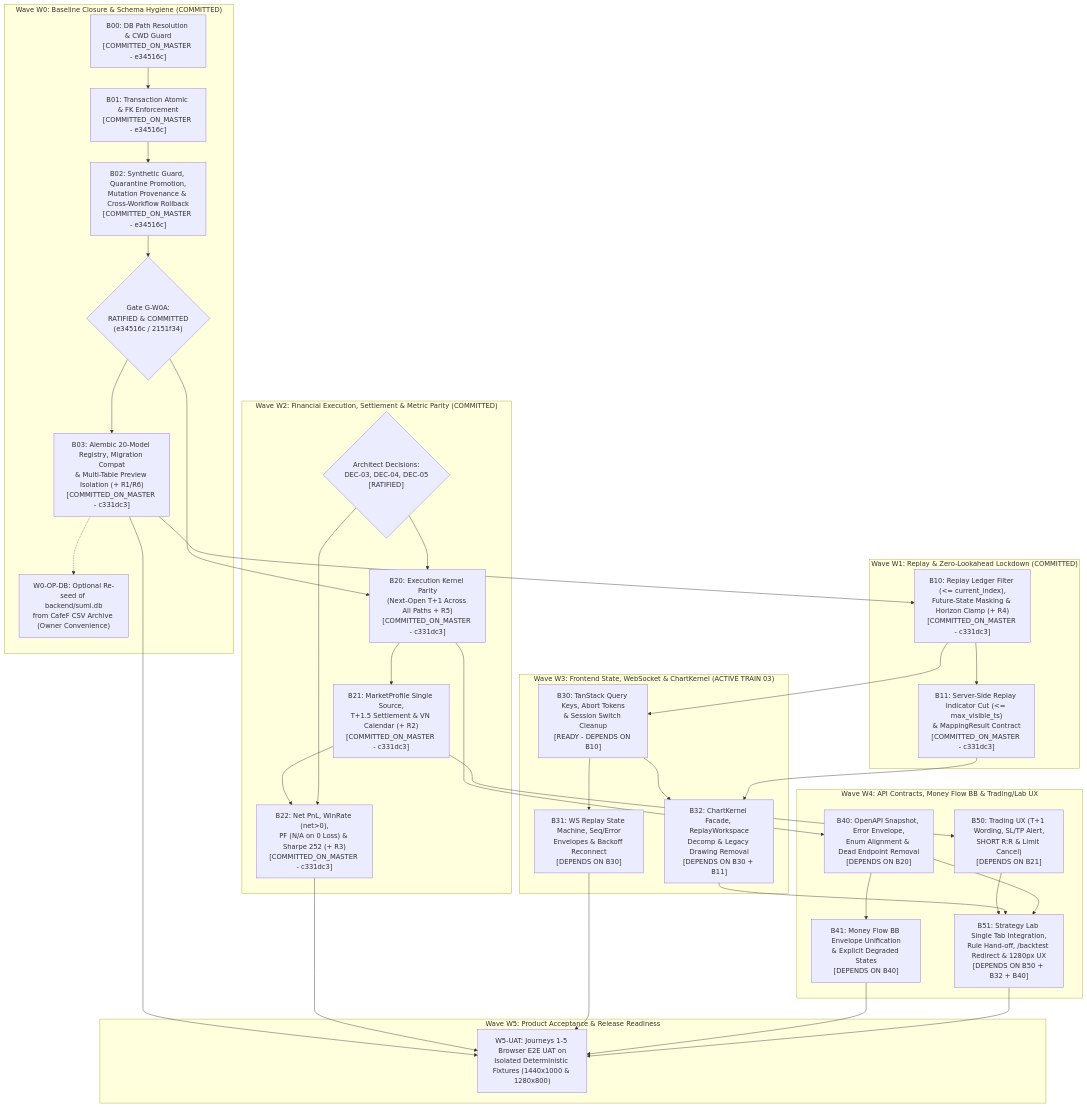
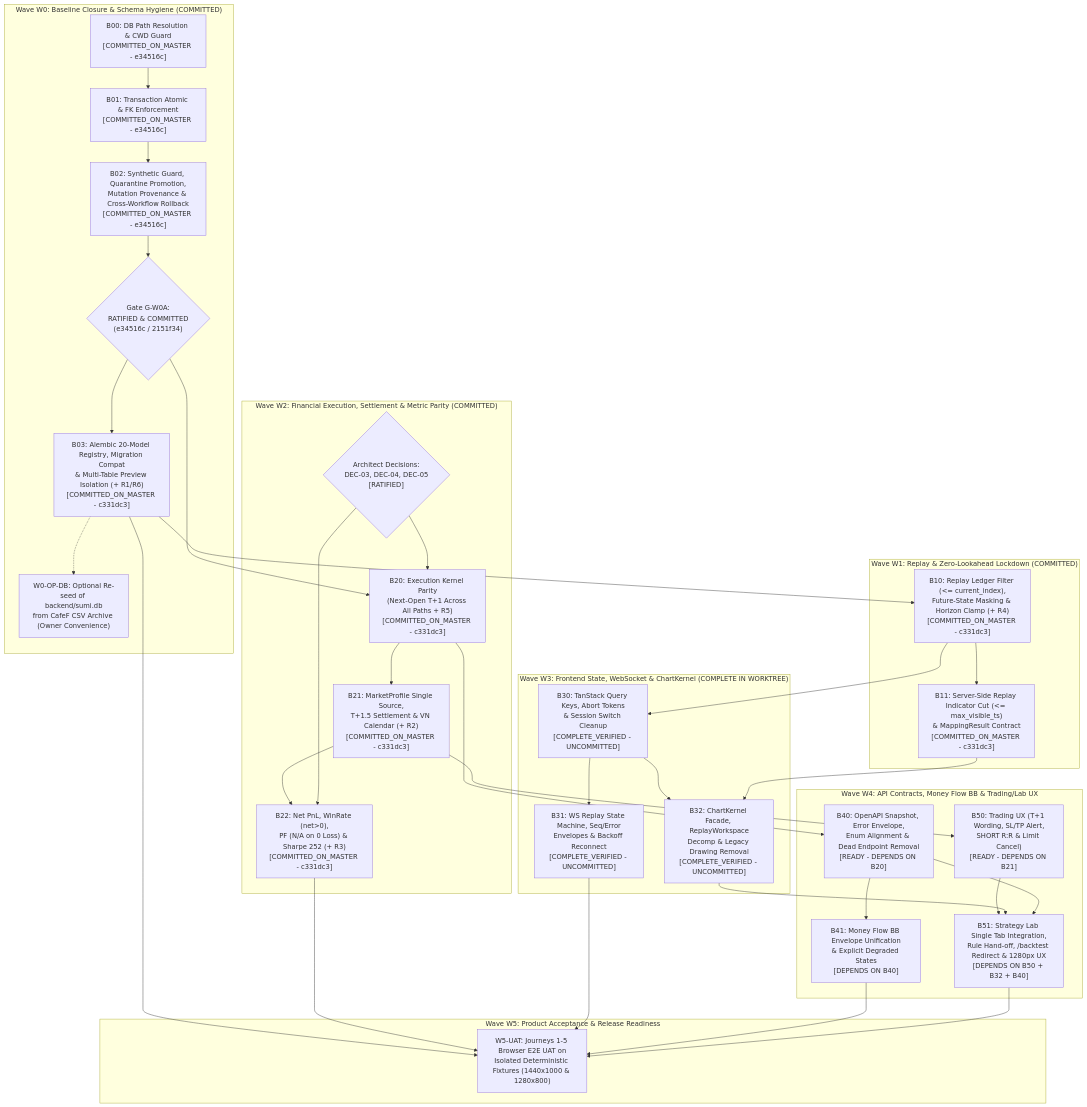
Before and after one commit to lasfong/sumi: the diagram in docs/plans/product-completion/SUMI_V3_BATCH_DEPENDENCY_AND_STATUS_PROPOSED.md, drawn with Mermaid. The commit also changed other lines of this file and 30 other files, not shown here.

Commit message:
feat(v3): complete W3 replay state websocket and chart integration

````diff
--- a/docs/plans/product-completion/SUMI_V3_BATCH_DEPENDENCY_AND_STATUS_PROPOSED.md
+++ b/docs/plans/product-completion/SUMI_V3_BATCH_DEPENDENCY_AND_STATUS_PROPOSED.md
@@ -57,59 +57,59 @@
 ```mermaid
 flowchart TD
     subgraph W0["Wave W0: Baseline Closure & Schema Hygiene (COMMITTED)"]
         B00["B00: DB Path Resolution & CWD Guard<br/>[COMMITTED_ON_MASTER - e34516c]"]
         B01["B01: Transaction Atomic & FK Enforcement<br/>[COMMITTED_ON_MASTER - e34516c]"]
         B02["B02: Synthetic Guard, Quarantine Promotion,<br/>Mutation Provenance & Cross-Workflow Rollback<br/>[COMMITTED_ON_MASTER - e34516c]"]
         GW0A{"Gate G-W0A:<br/>RATIFIED & COMMITTED<br/>(e34516c / 2151f34)"}
         B03["B03: Alembic 20-Model Registry, Migration Compat<br/>& Multi-Table Preview Isolation (+ R1/R6)<br/>[COMMITTED_ON_MASTER - c331dc3]"]
         OPDB["W0-OP-DB: Optional Re-seed of backend/sumi.db<br/>from CafeF CSV Archive (Owner Convenience)"]
     end
 
     subgraph W1["Wave W1: Replay & Zero-Lookahead Lockdown (COMMITTED)"]
         B10["B10: Replay Ledger Filter (<= current_index),<br/>Future-State Masking & Horizon Clamp (+ R4)<br/>[COMMITTED_ON_MASTER - c331dc3]"]
         B11["B11: Server-Side Replay Indicator Cut (<= max_visible_ts)<br/>& MappingResult Contract<br/>[COMMITTED_ON_MASTER - c331dc3]"]
     end
 
     subgraph W2["Wave W2: Financial Execution, Settlement & Metric Parity (COMMITTED)"]
         GDEC{"Architect Decisions:<br/>DEC-03, DEC-04, DEC-05<br/>[RATIFIED]"}
         B20["B20: Execution Kernel Parity<br/>(Next-Open T+1 Across All Paths + R5)<br/>[COMMITTED_ON_MASTER - c331dc3]"]
         B21["B21: MarketProfile Single Source,<br/>T+1.5 Settlement & VN Calendar (+ R2)<br/>[COMMITTED_ON_MASTER - c331dc3]"]
         B22["B22: Net PnL, WinRate (net>0),<br/>PF (N/A on 0 Loss) & Sharpe 252 (+ R3)<br/>[COMMITTED_ON_MASTER - c331dc3]"]
     end
 
-    subgraph W3["Wave W3: Frontend State, WebSocket & ChartKernel (ACTIVE TRAIN 03)"]
-        B30["B30: TanStack Query Keys, Abort Tokens<br/>& Session Switch Cleanup<br/>[READY - DEPENDS ON B10]"]
-        B31["B31: WS Replay State Machine, Seq/Error<br/>Envelopes & Backoff Reconnect<br/>[DEPENDS ON B30]"]
-        B32["B32: ChartKernel Facade, ReplayWorkspace<br/>Decomp & Legacy Drawing Removal<br/>[DEPENDS ON B30 + B11]"]
+    subgraph W3["Wave W3: Frontend State, WebSocket & ChartKernel (COMPLETE IN WORKTREE)"]
+        B30["B30: TanStack Query Keys, Abort Tokens<br/>& Session Switch Cleanup<br/>[COMPLETE_VERIFIED - UNCOMMITTED]"]
+        B31["B31: WS Replay State Machine, Seq/Error<br/>Envelopes & Backoff Reconnect<br/>[COMPLETE_VERIFIED - UNCOMMITTED]"]
+        B32["B32: ChartKernel Facade, ReplayWorkspace<br/>Decomp & Legacy Drawing Removal<br/>[COMPLETE_VERIFIED - UNCOMMITTED]"]
     end
 
     subgraph W4["Wave W4: API Contracts, Money Flow BB & Trading/Lab UX"]
-        B40["B40: OpenAPI Snapshot, Error Envelope,<br/>Enum Alignment & Dead Endpoint Removal<br/>[DEPENDS ON B20]"]
+        B40["B40: OpenAPI Snapshot, Error Envelope,<br/>Enum Alignment & Dead Endpoint Removal<br/>[READY - DEPENDS ON B20]"]
         B41["B41: Money Flow BB Envelope Unification<br/>& Explicit Degraded States<br/>[DEPENDS ON B40]"]
-        B50["B50: Trading UX (T+1 Wording, SL/TP Alert,<br/>SHORT R:R & Limit Cancel)<br/>[DEPENDS ON B21]"]
+        B50["B50: Trading UX (T+1 Wording, SL/TP Alert,<br/>SHORT R:R & Limit Cancel)<br/>[READY - DEPENDS ON B21]"]
         B51["B51: Strategy Lab Single Tab Integration,<br/>Rule Hand-off, /backtest Redirect & 1280px UX<br/>[DEPENDS ON B50 + B32 + B40]"]
     end
 
     subgraph W5["Wave W5: Product Acceptance & Release Readiness"]
         UAT["W5-UAT: Journeys 1-5 Browser E2E UAT on<br/>Isolated Deterministic Fixtures (1440x1000 & 1280x800)"]
     end
 
     B00 --> B01 --> B02 --> GW0A
     GW0A --> B03 --> B10 --> B11
     B03 -.-> OPDB
     GW0A --> B20
     GDEC --> B20 --> B21 --> B22
     GDEC --> B22
     B10 --> B30 --> B31
     B30 --> B32
     B11 --> B32
     B20 --> B40 --> B41
     B21 --> B50 --> B51
     B32 --> B51
     B40 --> B51
     B03 --> UAT
     B22 --> UAT
     B31 --> UAT
     B41 --> UAT
     B51 --> UAT
 ```
````
